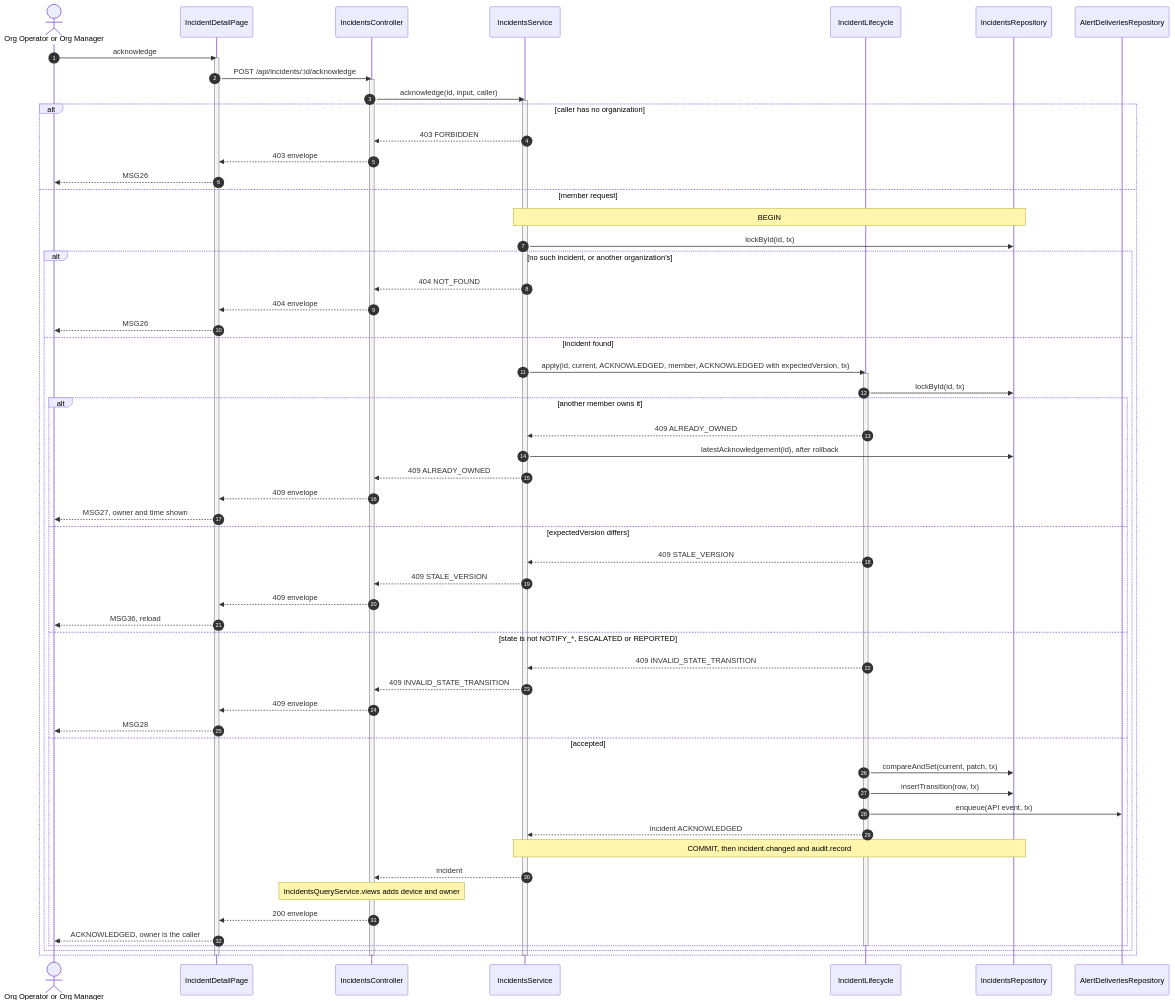
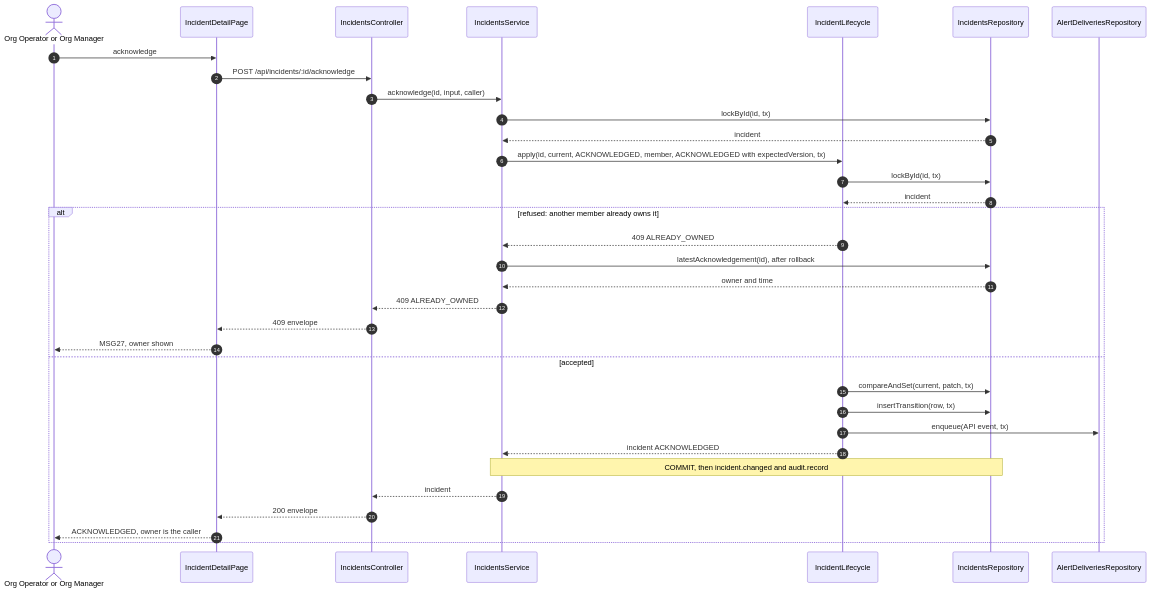
Before and after one commit to TrekLink-Team/treklink-web: the second of 2 diagrams in specs/incidents/api-design/03-post-incidents-id-acknowledge.md, drawn with Mermaid. The commit also changed 8 other files, not shown here.

First line of the commit message:
docs: keep one alt and no activation lines in the incidents sequences

````diff
--- a/specs/incidents/api-design/03-post-incidents-id-acknowledge.md
+++ b/specs/incidents/api-design/03-post-incidents-id-acknowledge.md
@@ -263,65 +263,36 @@
 ```mermaid
 sequenceDiagram
     autonumber
     actor U as Org Operator or Org Manager
     participant P as IncidentDetailPage
     participant Ctl as IncidentsController
     participant Svc as IncidentsService
     participant L as IncidentLifecycle
     participant R as IncidentsRepository
     participant Ob as AlertDeliveriesRepository
     U->>P: acknowledge
-    activate P
     P->>Ctl: POST /api/incidents/:id/acknowledge
-    activate Ctl
     Ctl->>Svc: acknowledge(id, input, caller)
-    activate Svc
-    alt caller has no organization
-        Svc-->>Ctl: 403 FORBIDDEN
-        Ctl-->>P: 403 envelope
-        P-->>U: MSG26
-    else member request
-        Note over Svc,R: BEGIN
-        Svc->>R: lockById(id, tx)
-        alt no such incident, or another organization's
-            Svc-->>Ctl: 404 NOT_FOUND
-            Ctl-->>P: 404 envelope
-            P-->>U: MSG26
-        else incident found
-            Svc->>L: apply(id, current, ACKNOWLEDGED, member, ACKNOWLEDGED with expectedVersion, tx)
-            activate L
-            L->>R: lockById(id, tx)
-            alt another member owns it
-                L-->>Svc: 409 ALREADY_OWNED
-                Svc->>R: latestAcknowledgement(id), after rollback
-                Svc-->>Ctl: 409 ALREADY_OWNED
-                Ctl-->>P: 409 envelope
-                P-->>U: MSG27, owner and time shown
-            else expectedVersion differs
-                L-->>Svc: 409 STALE_VERSION
-                Svc-->>Ctl: 409 STALE_VERSION
-                Ctl-->>P: 409 envelope
-                P-->>U: MSG36, reload
-            else state is not NOTIFY_*, ESCALATED or REPORTED
-                L-->>Svc: 409 INVALID_STATE_TRANSITION
-                Svc-->>Ctl: 409 INVALID_STATE_TRANSITION
-                Ctl-->>P: 409 envelope
-                P-->>U: MSG28
-            else accepted
-                L->>R: compareAndSet(current, patch, tx)
-                L->>R: insertTransition(row, tx)
-                L->>Ob: enqueue(API event, tx)
-                L-->>Svc: incident ACKNOWLEDGED
-                Note over Svc,R: COMMIT, then incident.changed and audit.record
-                Svc-->>Ctl: incident
-                Note over Ctl: IncidentsQueryService.views adds device and owner
-                Ctl-->>P: 200 envelope
-                P-->>U: ACKNOWLEDGED, owner is the caller
-            end
-            deactivate L
-        end
+    Svc->>R: lockById(id, tx)
+    R-->>Svc: incident
+    Svc->>L: apply(id, current, ACKNOWLEDGED, member, ACKNOWLEDGED with expectedVersion, tx)
+    L->>R: lockById(id, tx)
+    R-->>L: incident
+    alt refused: another member already owns it
+        L-->>Svc: 409 ALREADY_OWNED
+        Svc->>R: latestAcknowledgement(id), after rollback
+        R-->>Svc: owner and time
+        Svc-->>Ctl: 409 ALREADY_OWNED
+        Ctl-->>P: 409 envelope
+        P-->>U: MSG27, owner shown
+    else accepted
+        L->>R: compareAndSet(current, patch, tx)
+        L->>R: insertTransition(row, tx)
+        L->>Ob: enqueue(API event, tx)
+        L-->>Svc: incident ACKNOWLEDGED
+        Note over Svc,R: COMMIT, then incident.changed and audit.record
+        Svc-->>Ctl: incident
+        Ctl-->>P: 200 envelope
+        P-->>U: ACKNOWLEDGED, owner is the caller
     end
-    deactivate Svc
-    deactivate Ctl
-    deactivate P
 ```
````
